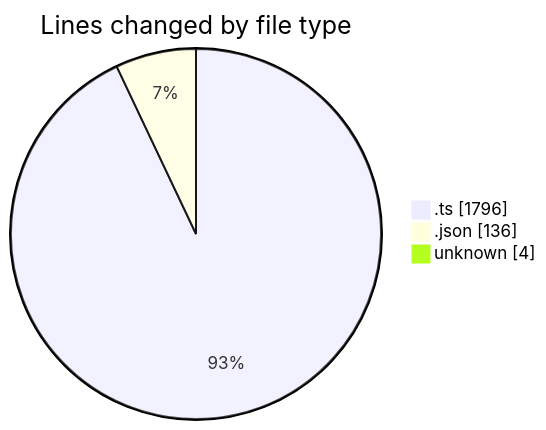
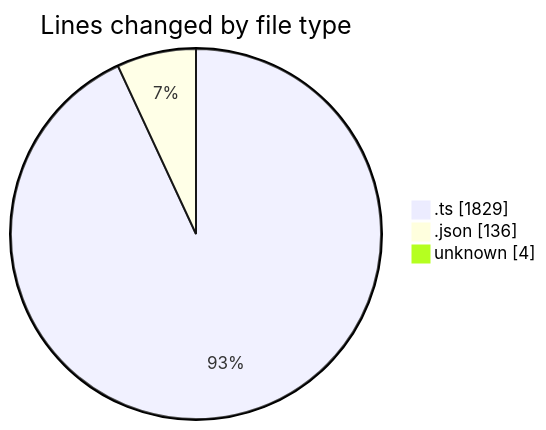
The first of 2 diagrams in 2026-02-03/singularitybrainai/README.md (tmsrecording-cyber/code-tracking), drawn with Mermaid before and after one commit. The commit also changed other lines of this file and 1 other file, not shown here.

````diff
--- a/2026-02-03/singularitybrainai/README.md
+++ b/2026-02-03/singularitybrainai/README.md
@@ -23,7 +24,7 @@
 ```mermaid
 pie showData
 title Lines changed by file type
-".ts" : 1796
+".ts" : 1829
 ".json" : 136
 "unknown" : 4
 ```
````
